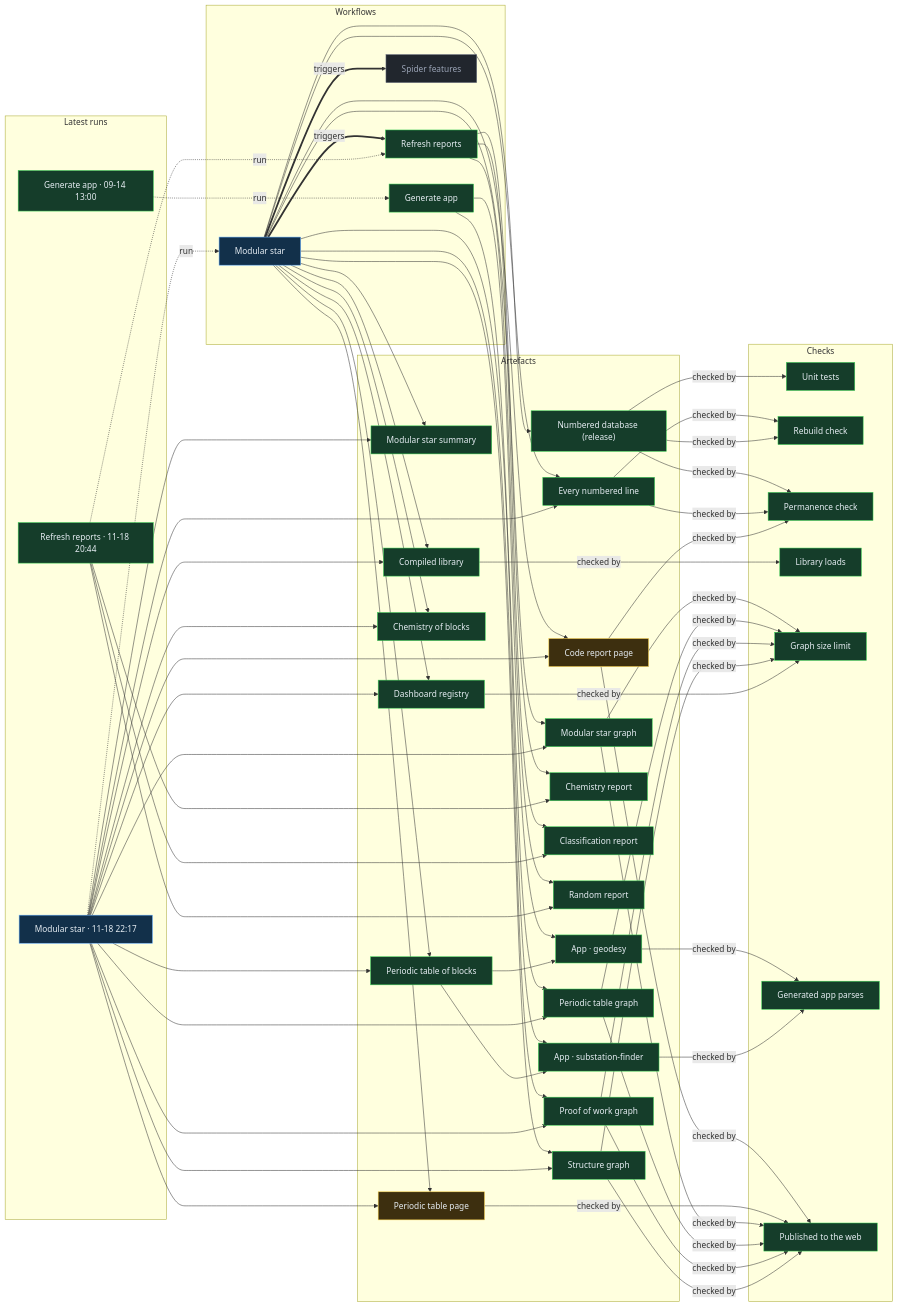
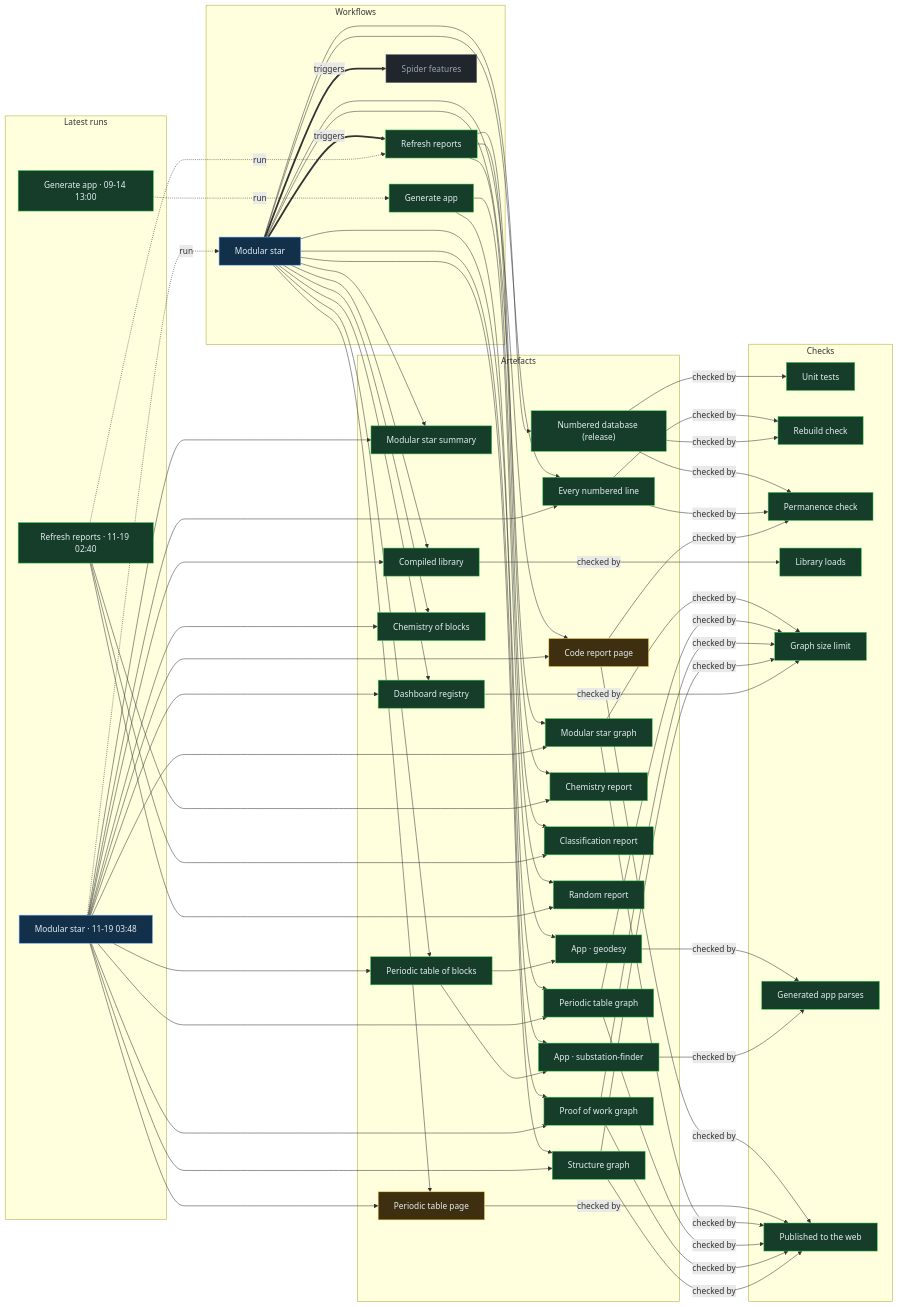
One commit to Ventusltd/stars changed the diagram in proof/PROOF.md. Above: the diagram before and after it, drawn with Mermaid. The commit also changed other lines of this file and 154 other files, not shown here.

Commit message:
Modular star 2026-11-19T03:51Z

```diff
--- a/proof/PROOF.md
+++ b/proof/PROOF.md
@@ -24,8 +24,8 @@
   n_wf_spider_features["Spider features"]:::off
   end
   subgraph g_runs["Latest runs"]
-  n_run_44410184823["Modular star · 11-18 22:17"]:::live
-  n_run_44394144688["Refresh reports · 11-18 20:44"]:::ok
+  n_run_44454028595["Modular star · 11-19 03:48"]:::live
+  n_run_44446025121["Refresh reports · 11-19 02:40"]:::ok
   n_run_34846587798["Generate app · 09-14 13:00"]:::ok
   end
   subgraph g_artefacts["Artefacts"]
@@ -59,39 +59,39 @@
   end
   n_wf_modular_star == triggers ==> n_wf_refresh
   n_wf_modular_star == triggers ==> n_wf_spider_features
-  n_run_44410184823 -. run .-> n_wf_modular_star
-  n_run_44394144688 -. run .-> n_wf_refresh
+  n_run_44454028595 -. run .-> n_wf_modular_star
+  n_run_44446025121 -. run .-> n_wf_refresh
   n_run_34846587798 -. run .-> n_wf_generate
   n_wf_modular_star --> n_art_summary
-  n_run_44410184823 --> n_art_summary
+  n_run_44454028595 --> n_art_summary
   n_wf_modular_star --> n_art_lines
-  n_run_44410184823 --> n_art_lines
+  n_run_44454028595 --> n_art_lines
   n_wf_modular_star --> n_art_code
-  n_run_44410184823 --> n_art_code
+  n_run_44454028595 --> n_art_code
   n_wf_modular_star --> n_art_modular_graph
-  n_run_44410184823 --> n_art_modular_graph
+  n_run_44454028595 --> n_art_modular_graph
   n_wf_modular_star --> n_art_blocks
-  n_run_44410184823 --> n_art_blocks
+  n_run_44454028595 --> n_art_blocks
   n_wf_modular_star --> n_art_table
-  n_run_44410184823 --> n_art_table
+  n_run_44454028595 --> n_art_table
   n_wf_modular_star --> n_art_blocks_graph
-  n_run_44410184823 --> n_art_blocks_graph
+  n_run_44454028595 --> n_art_blocks_graph
   n_wf_modular_star --> n_art_reactions
-  n_run_44410184823 --> n_art_reactions
+  n_run_44454028595 --> n_art_reactions
   n_wf_modular_star --> n_art_library
-  n_run_44410184823 --> n_art_library
+  n_run_44454028595 --> n_art_library
   n_wf_modular_star --> n_art_features
-  n_run_44410184823 --> n_art_features
+  n_run_44454028595 --> n_art_features
   n_wf_modular_star --> n_art_proof
-  n_run_44410184823 --> n_art_proof
+  n_run_44454028595 --> n_art_proof
   n_wf_modular_star --> n_art_structure
-  n_run_44410184823 --> n_art_structure
+  n_run_44454028595 --> n_art_structure
   n_wf_refresh --> n_art_chemistry
-  n_run_44394144688 --> n_art_chemistry
+  n_run_44446025121 --> n_art_chemistry
   n_wf_refresh --> n_art_vedic
-  n_run_44394144688 --> n_art_vedic
+  n_run_44446025121 --> n_art_vedic
   n_wf_refresh --> n_art_random
-  n_run_44394144688 --> n_art_random
+  n_run_44446025121 --> n_art_random
   n_wf_modular_star --> n_art_release
   n_wf_generate --> n_app_geodesy
   n_art_blocks --> n_app_geodesy
```
